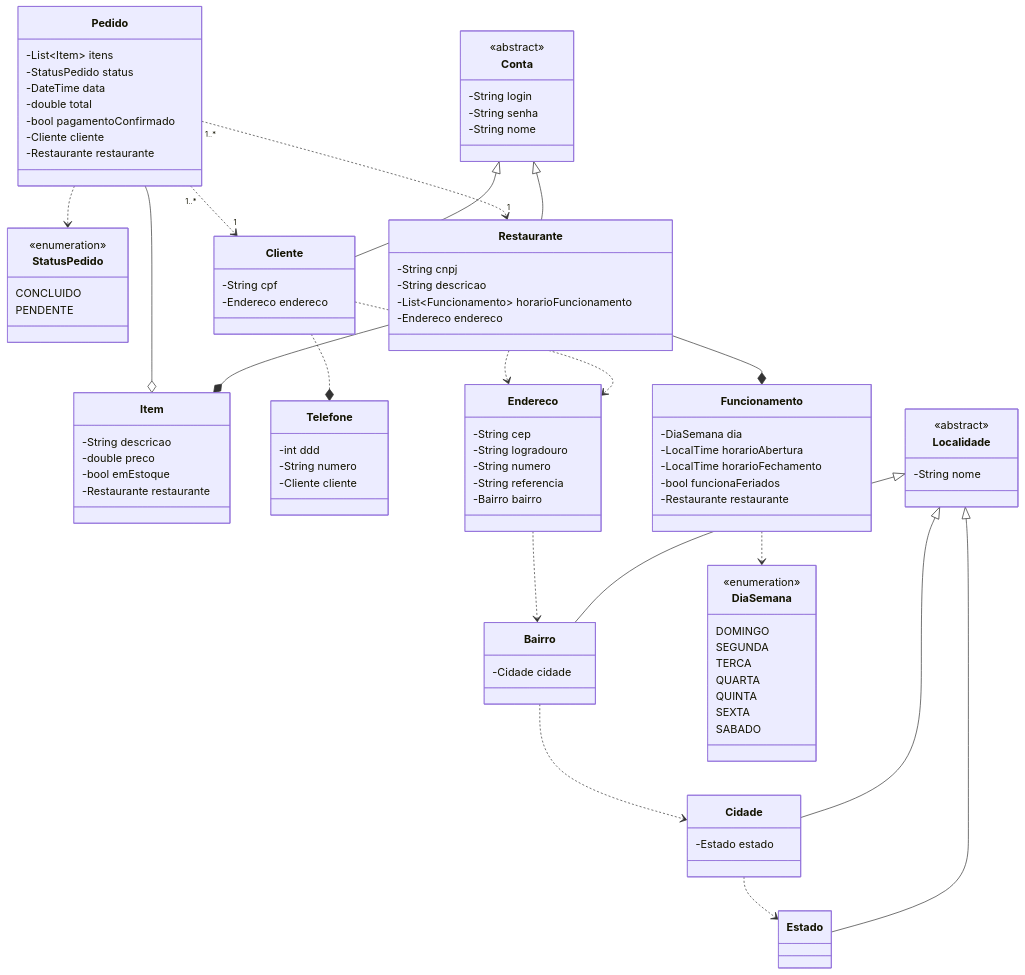
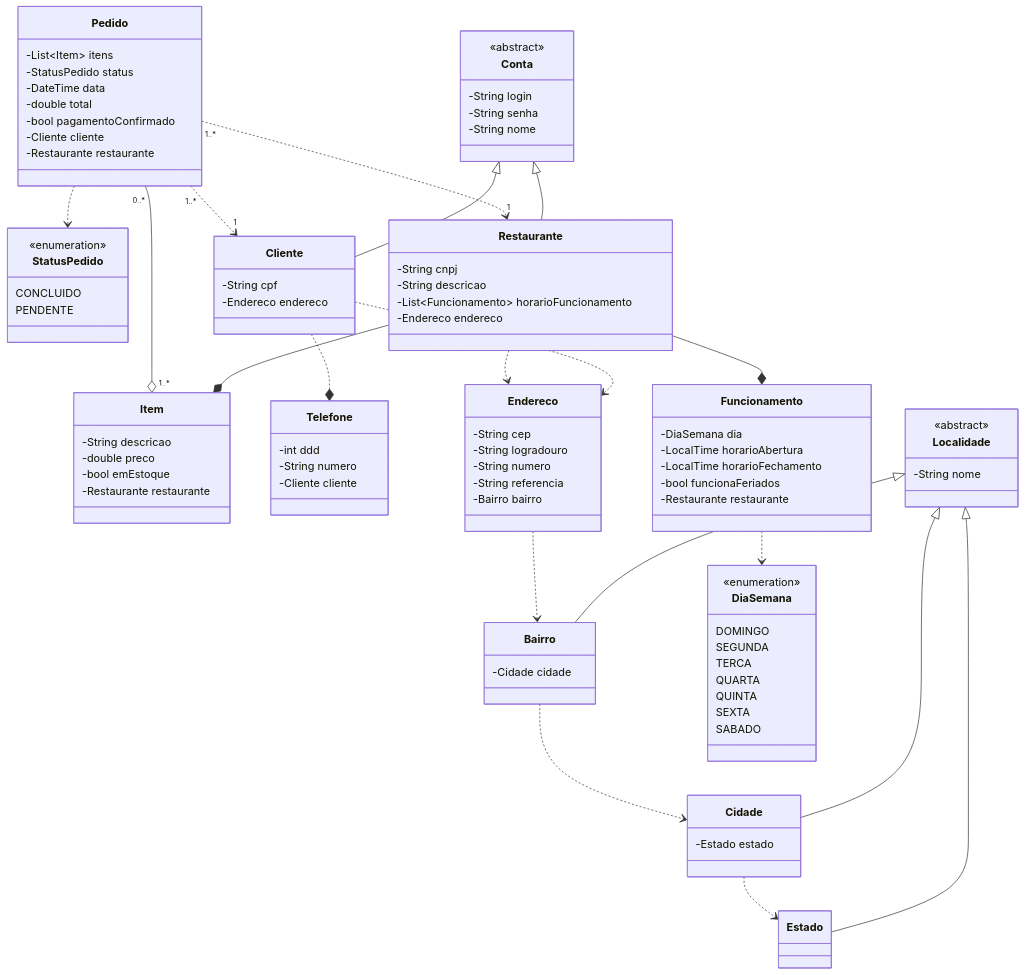
Before and after one commit to gxrj/dio-santander2023: the diagram in desafio-final-backend-dio-santander2023/README.md, drawn with Mermaid. The commit also changed 10 other files, not shown here.

```diff
--- a/desafio-final-backend-dio-santander2023/README.md
+++ b/desafio-final-backend-dio-santander2023/README.md
@@ -97,7 +97,7 @@
     Pedido "1..*" ..> "1" Cliente
     Pedido "1..*" ..> "1" Restaurante
     Pedido ..> StatusPedido
-    Pedido --o Item
+    Pedido "0..*" --o "1..*" Item
     Restaurante --* Item
     Restaurante --* Funcionamento
     Restaurante ..> Endereco
```
